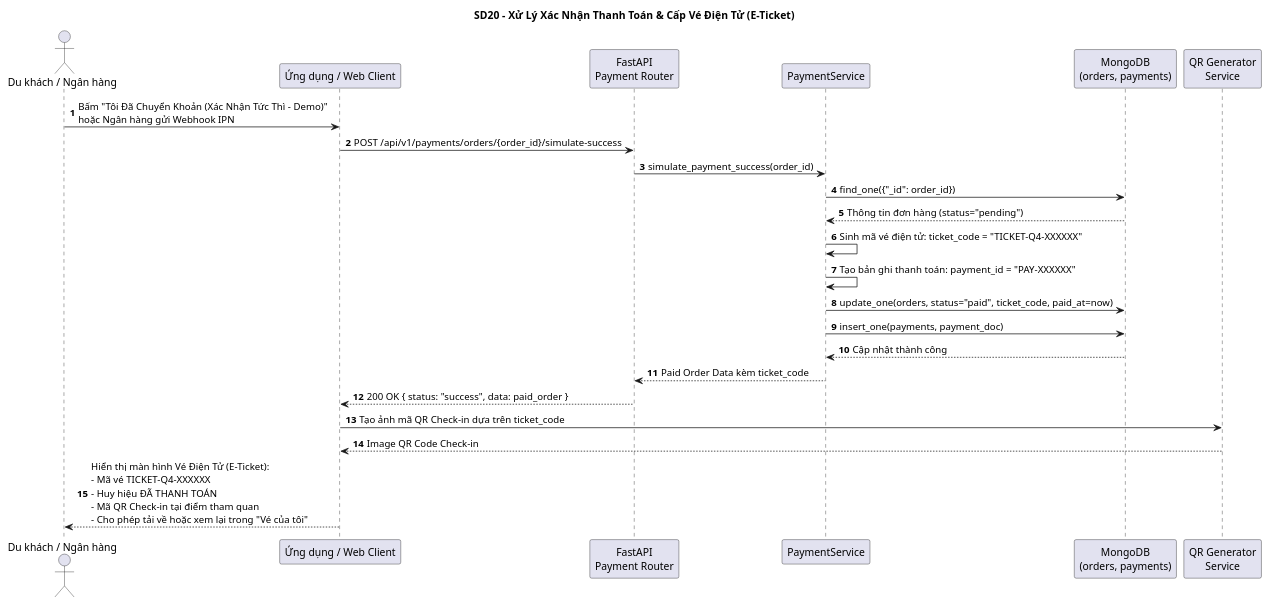
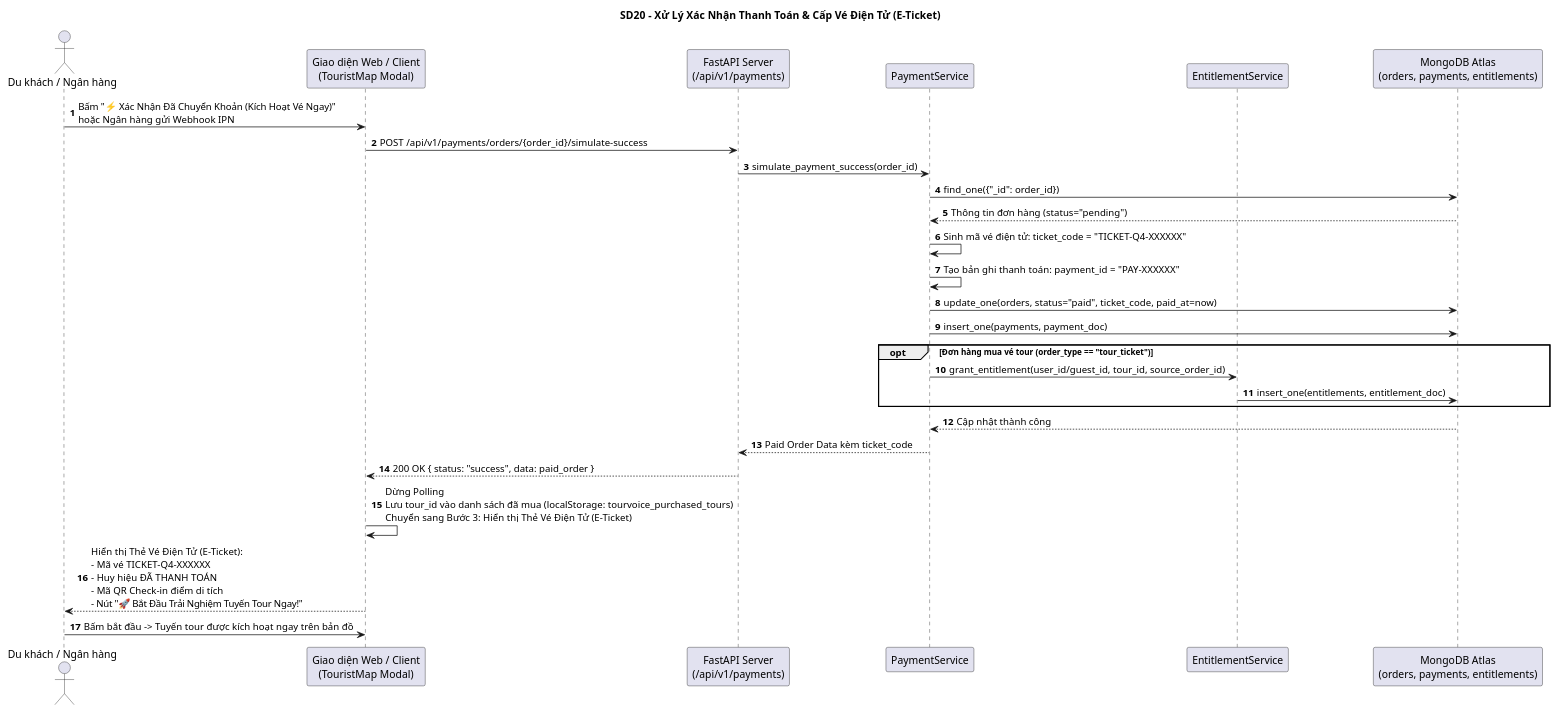
Before and after one commit to xuandang0405/seminarchuyende: the diagram in quan4_sequence_diagrams/plantuml/SD20_xac_nhan_va_cap_ve.puml, drawn with PlantUML. The commit also changed 274 other files, not shown here.

Commit message:
feat: finalize TourVoice web app and deployment

```diff
--- a/quan4_sequence_diagrams/plantuml/SD20_xac_nhan_va_cap_ve.puml
+++ b/quan4_sequence_diagrams/plantuml/SD20_xac_nhan_va_cap_ve.puml
@@ -1,32 +1,37 @@
 @startuml
 title SD20 - Xử Lý Xác Nhận Thanh Toán & Cấp Vé Điện Tử (E-Ticket)
 autonumber
 skinparam shadowing false
 skinparam defaultFontName "Arial"
 
 actor "Du khách / Ngân hàng" as Sender
-participant "Ứng dụng / Web Client" as App
-participant "FastAPI\nPayment Router" as API
+participant "Giao diện Web / Client\n(TouristMap Modal)" as App
+participant "FastAPI Server\n(/api/v1/payments)" as API
 participant "PaymentService" as Service
-participant "MongoDB\n(orders, payments)" as DB
-participant "QR Generator\nService" as QRGen
+participant "EntitlementService" as Entitlement
+participant "MongoDB Atlas\n(orders, payments, entitlements)" as DB
 
-Sender -> App: Bấm "Tôi Đã Chuyển Khoản (Xác Nhận Tức Thì - Demo)"\nhoặc Ngân hàng gửi Webhook IPN
+Sender -> App: Bấm "⚡ Xác Nhận Đã Chuyển Khoản (Kích Hoạt Vé Ngay)"\nhoặc Ngân hàng gửi Webhook IPN
 App -> API: POST /api/v1/payments/orders/{order_id}/simulate-success
 API -> Service: simulate_payment_success(order_id)
 Service -> DB: find_one({"_id": order_id})
 DB --> Service: Thông tin đơn hàng (status="pending")
 
 Service -> Service: Sinh mã vé điện tử: ticket_code = "TICKET-Q4-XXXXXX"
 Service -> Service: Tạo bản ghi thanh toán: payment_id = "PAY-XXXXXX"
 Service -> DB: update_one(orders, status="paid", ticket_code, paid_at=now)
 Service -> DB: insert_one(payments, payment_doc)
+
+opt Đơn hàng mua vé tour (order_type == "tour_ticket")
+    Service -> Entitlement: grant_entitlement(user_id/guest_id, tour_id, source_order_id)
+    Entitlement -> DB: insert_one(entitlements, entitlement_doc)
+end
+
 DB --> Service: Cập nhật thành công
-
 Service --> API: Paid Order Data kèm ticket_code
 API --> App: 200 OK { status: "success", data: paid_order }
 
-App -> QRGen: Tạo ảnh mã QR Check-in dựa trên ticket_code
-QRGen --> App: Image QR Code Check-in
-App --> Sender: Hiển thị màn hình Vé Điện Tử (E-Ticket):\n- Mã vé TICKET-Q4-XXXXXX\n- Huy hiệu ĐÃ THANH TOÁN\n- Mã QR Check-in tại điểm tham quan\n- Cho phép tải về hoặc xem lại trong "Vé của tôi"
+App -> App: Dừng Polling\nLưu tour_id vào danh sách đã mua (localStorage: tourvoice_purchased_tours)\nChuyển sang Bước 3: Hiển thị Thẻ Vé Điện Tử (E-Ticket)
+App --> Sender: Hiển thị Thẻ Vé Điện Tử (E-Ticket):\n- Mã vé TICKET-Q4-XXXXXX\n- Huy hiệu ĐÃ THANH TOÁN\n- Mã QR Check-in điểm di tích\n- Nút "🚀 Bắt Đầu Trải Nghiệm Tuyến Tour Ngay!"
+Sender -> App: Bấm bắt đầu -> Tuyến tour được kích hoạt ngay trên bản đồ
 @enduml
```
